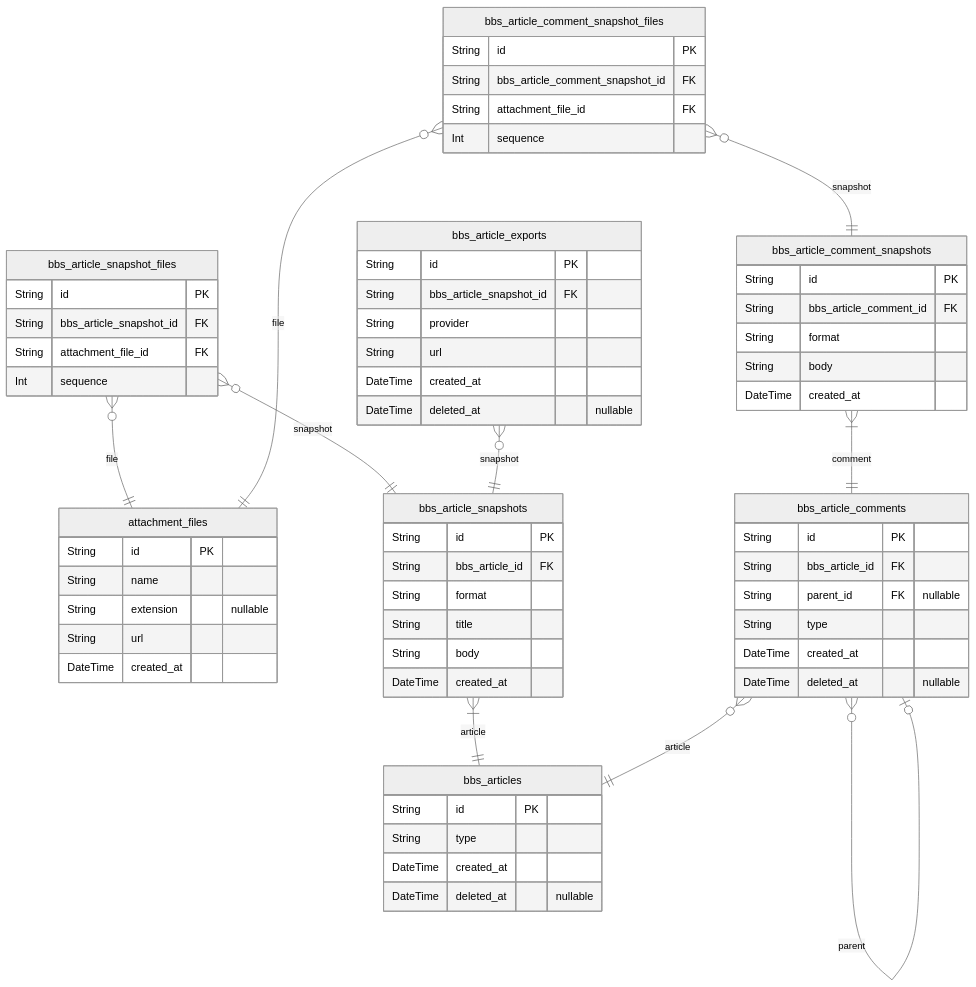
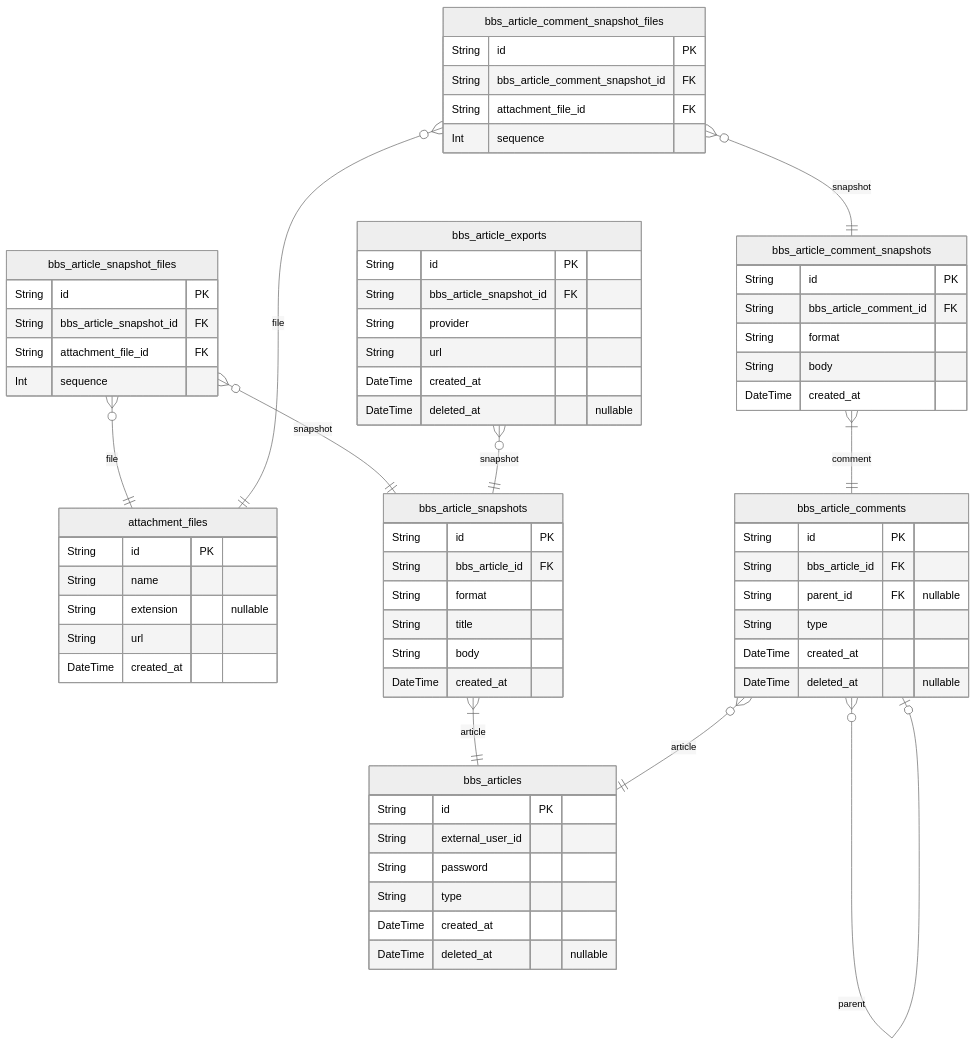
Before and after one commit to wrtnio/connectors: the fourth of 8 diagrams in docs/ERD.md, drawn with Mermaid (neutral theme). The commit also changed other lines of this file and 2 other files, not shown here.

Commit message:
feat: add new table for external_user

````diff
--- a/docs/ERD.md
+++ b/docs/ERD.md
@@ -44,68 +128,70 @@
 ```mermaid
 erDiagram
 "attachment_files" {
   String id PK
   String name
   String extension "nullable"
   String url
   DateTime created_at
 }
 "bbs_articles" {
   String id PK
+  String external_user_id
+  String password
   String type
   DateTime created_at
   DateTime deleted_at "nullable"
 }
 "bbs_article_snapshots" {
   String id PK
   String bbs_article_id FK
   String format
   String title
   String body
   DateTime created_at
 }
 "bbs_article_snapshot_files" {
   String id PK
   String bbs_article_snapshot_id FK
   String attachment_file_id FK
   Int sequence
 }
 "bbs_article_comments" {
   String id PK
   String bbs_article_id FK
   String parent_id FK "nullable"
   String type
   DateTime created_at
   DateTime deleted_at "nullable"
 }
 "bbs_article_comment_snapshots" {
   String id PK
   String bbs_article_comment_id FK
   String format
   String body
   DateTime created_at
 }
 "bbs_article_comment_snapshot_files" {
   String id PK
   String bbs_article_comment_snapshot_id FK
   String attachment_file_id FK
   Int sequence
 }
 "bbs_article_exports" {
   String id PK
   String bbs_article_snapshot_id FK
   String provider
   String url
   DateTime created_at
   DateTime deleted_at "nullable"
 }
 "bbs_article_snapshots" }|--|| "bbs_articles" : article
 "bbs_article_snapshot_files" }o--|| "bbs_article_snapshots" : snapshot
 "bbs_article_snapshot_files" }o--|| "attachment_files" : file
 "bbs_article_comments" }o--|| "bbs_articles" : article
 "bbs_article_comments" }o--o| "bbs_article_comments" : parent
 "bbs_article_comment_snapshots" }|--|| "bbs_article_comments" : comment
 "bbs_article_comment_snapshot_files" }o--|| "bbs_article_comment_snapshots" : snapshot
 "bbs_article_comment_snapshot_files" }o--|| "attachment_files" : file
 "bbs_article_exports" }o--|| "bbs_article_snapshots" : snapshot
 ```
````
